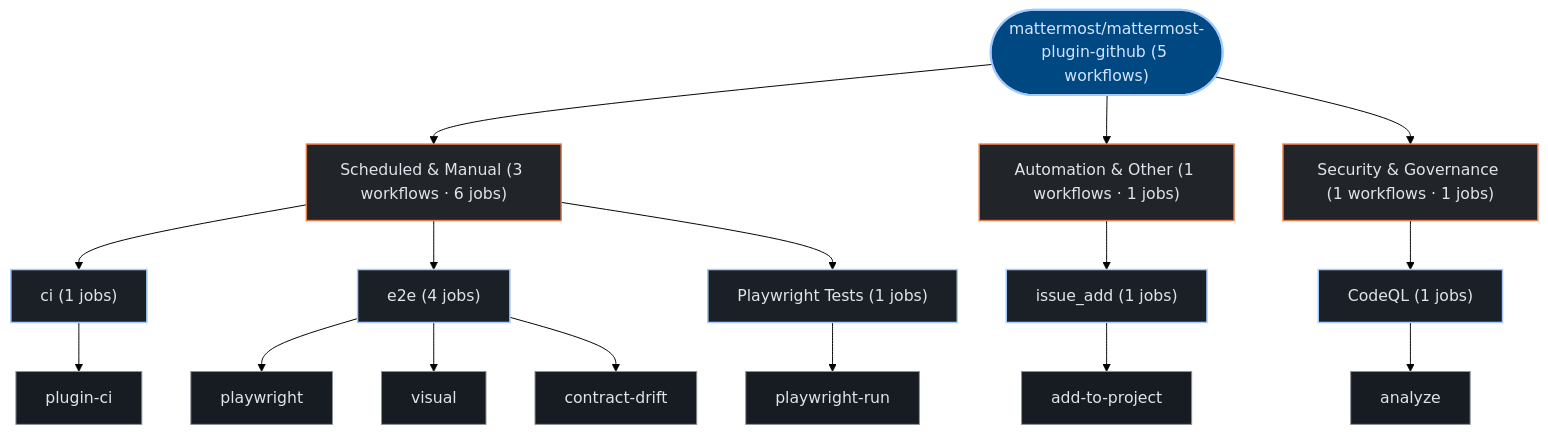
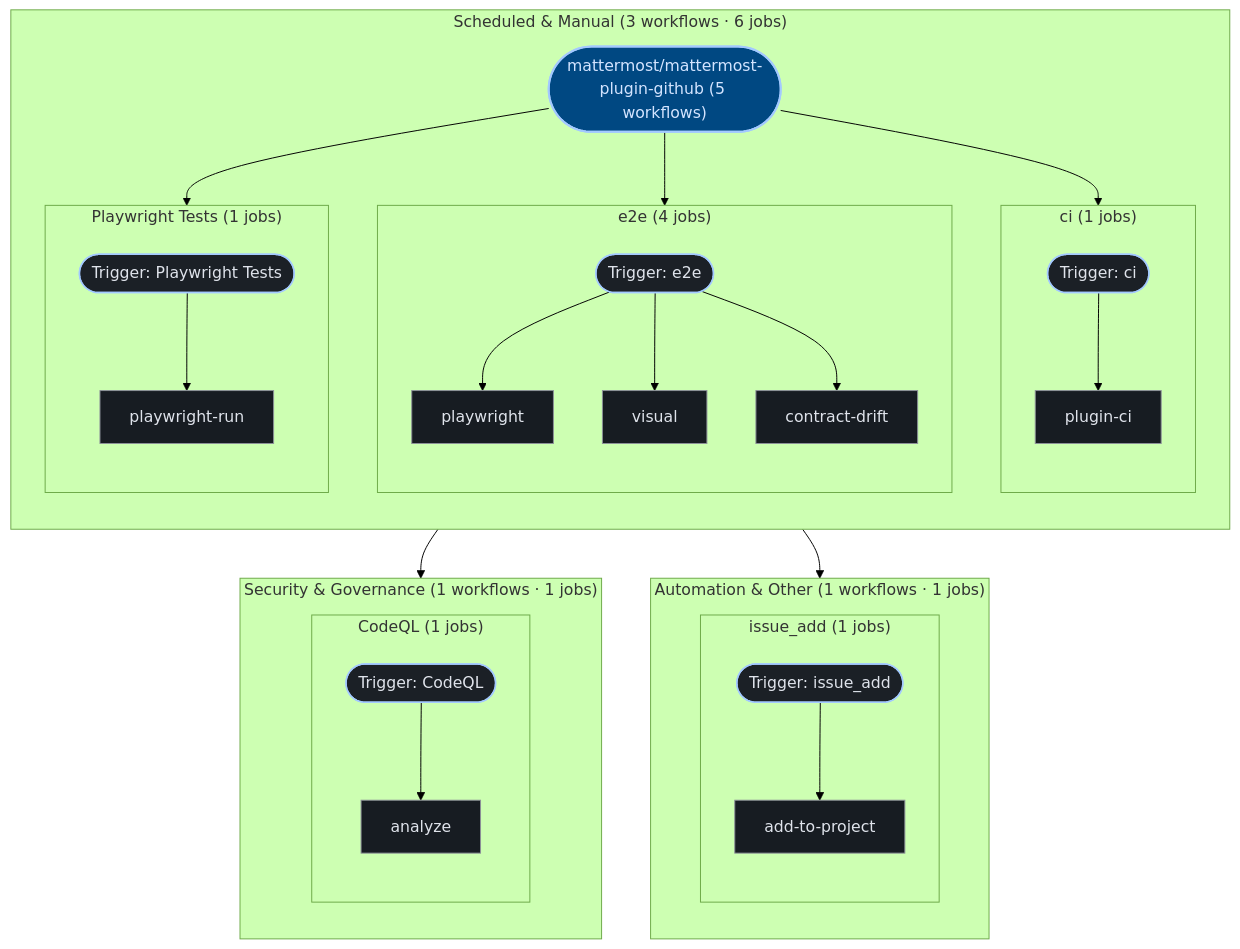
One commit to kumarshaz/atruss-code-atlas changed the third of 3 diagrams in exports/latest/reports/mattermost-mattermost-plugin-github-report.md. Above: the diagram before and after it, drawn with Mermaid (forest theme). The commit also changed 181 other files, not shown here.

````diff
--- a/exports/latest/reports/mattermost-mattermost-plugin-github-report.md
+++ b/exports/latest/reports/mattermost-mattermost-plugin-github-report.md
@@ -212,41 +212,59 @@
 ```mermaid
 graph TD;
   classDef atlasRoot fill:#004882,stroke:#a3c9ff,stroke-width:2px,color:#d3e4ff
   classDef atlasCategory fill:#212428,stroke:#E87A48,stroke-width:1.5px,color:#dfe3eb
   classDef atlasWorkflow fill:#1b2026,stroke:#a3c9ff,stroke-width:1.5px,color:#dfe3eb
   classDef atlasJob fill:#171c22,stroke:#8d9199,stroke-width:1px,color:#dfe3eb
   classDef atlasTarget fill:#005227,stroke:#8bd99b,stroke-width:1.5px,color:#a7f6b6
   classDef atlasAlert fill:#93000a,stroke:#ffb4ab,stroke-width:1.5px,color:#ffdad6
   classDef atlasMore fill:#252a31,stroke:#8d9199,stroke-dasharray:4 4,color:#c3c6cf
   pipeline_root(["mattermost/mattermost-plugin-github (5 workflows)"]):::atlasRoot
-  grp_0_Scheduled___Manual["Scheduled & Manual (3 workflows · 6 jobs)"]:::atlasCategory
-  pipeline_root --> grp_0_Scheduled___Manual
-  wf_0_ci["ci (1 jobs)"]:::atlasWorkflow
-  grp_0_Scheduled___Manual --> wf_0_ci
-  job_0_plugin_ci["plugin-ci"]:::atlasJob
-  wf_0_ci --> job_0_plugin_ci
-  wf_2_e2e["e2e (4 jobs)"]:::atlasWorkflow
-  grp_0_Scheduled___Manual --> wf_2_e2e
-  job_2_playwright["playwright"]:::atlasJob
-  job_2_visual["visual"]:::atlasJob
-  job_2_contract_drift["contract-drift"]:::atlasJob
-  wf_2_e2e --> job_2_playwright
-  wf_2_e2e --> job_2_visual
-  wf_2_e2e --> job_2_contract_drift
-  wf_4_Playwright_Tests["Playwright Tests (1 jobs)"]:::atlasWorkflow
-  grp_0_Scheduled___Manual --> wf_4_Playwright_Tests
-  job_4_playwright_run["playwright-run"]:::atlasJob
-  wf_4_Playwright_Tests --> job_4_playwright_run
-  grp_1_Automation___Other["Automation & Other (1 workflows · 1 jobs)"]:::atlasCategory
-  pipeline_root --> grp_1_Automation___Other
-  wf_3_issue_add["issue_add (1 jobs)"]:::atlasWorkflow
-  grp_1_Automation___Other --> wf_3_issue_add
-  job_3_add_to_project["add-to-project"]:::atlasJob
-  wf_3_issue_add --> job_3_add_to_project
-  grp_2_Security___Governance["Security & Governance (1 workflows · 1 jobs)"]:::atlasCategory
-  pipeline_root --> grp_2_Security___Governance
-  wf_1_CodeQL["CodeQL (1 jobs)"]:::atlasWorkflow
-  grp_2_Security___Governance --> wf_1_CodeQL
-  job_1_analyze["analyze"]:::atlasJob
-  wf_1_CodeQL --> job_1_analyze
+  subgraph sg_grp_0_Scheduled___Manual["Scheduled & Manual (3 workflows · 6 jobs)"]
+    direction TB
+    subgraph sg_wf_0_ci["ci (1 jobs)"]
+      direction TB
+      wf_0_ci(["Trigger: ci"]):::atlasWorkflow
+      job_0_plugin_ci["plugin-ci"]:::atlasJob
+      wf_0_ci --> job_0_plugin_ci
+    end
+    pipeline_root --> wf_0_ci
+    subgraph sg_wf_2_e2e["e2e (4 jobs)"]
+      direction TB
+      wf_2_e2e(["Trigger: e2e"]):::atlasWorkflow
+      job_2_playwright["playwright"]:::atlasJob
+      job_2_visual["visual"]:::atlasJob
+      job_2_contract_drift["contract-drift"]:::atlasJob
+      wf_2_e2e --> job_2_playwright
+      wf_2_e2e --> job_2_visual
+      wf_2_e2e --> job_2_contract_drift
+    end
+    pipeline_root --> wf_2_e2e
+    subgraph sg_wf_4_Playwright_Tests["Playwright Tests (1 jobs)"]
+      direction TB
+      wf_4_Playwright_Tests(["Trigger: Playwright Tests"]):::atlasWorkflow
+      job_4_playwright_run["playwright-run"]:::atlasJob
+      wf_4_Playwright_Tests --> job_4_playwright_run
+    end
+    pipeline_root --> wf_4_Playwright_Tests
+  end
+  subgraph sg_grp_1_Automation___Other["Automation & Other (1 workflows · 1 jobs)"]
+    direction TB
+    subgraph sg_wf_3_issue_add["issue_add (1 jobs)"]
+      direction TB
+      wf_3_issue_add(["Trigger: issue_add"]):::atlasWorkflow
+      job_3_add_to_project["add-to-project"]:::atlasJob
+      wf_3_issue_add --> job_3_add_to_project
+    end
+    pipeline_root --> wf_3_issue_add
+  end
+  subgraph sg_grp_2_Security___Governance["Security & Governance (1 workflows · 1 jobs)"]
+    direction TB
+    subgraph sg_wf_1_CodeQL["CodeQL (1 jobs)"]
+      direction TB
+      wf_1_CodeQL(["Trigger: CodeQL"]):::atlasWorkflow
+      job_1_analyze["analyze"]:::atlasJob
+      wf_1_CodeQL --> job_1_analyze
+    end
+    pipeline_root --> wf_1_CodeQL
+  end
 ```
````
